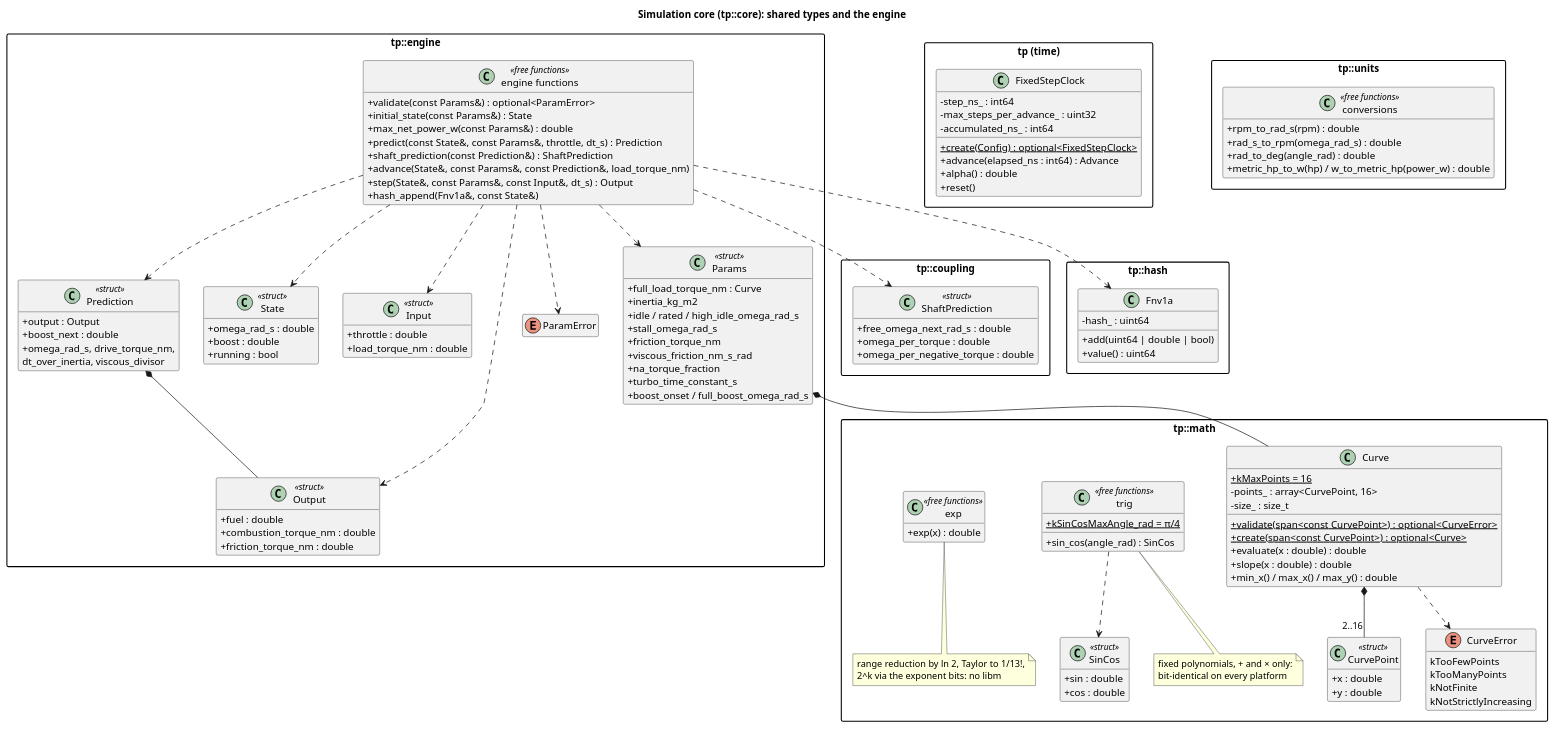
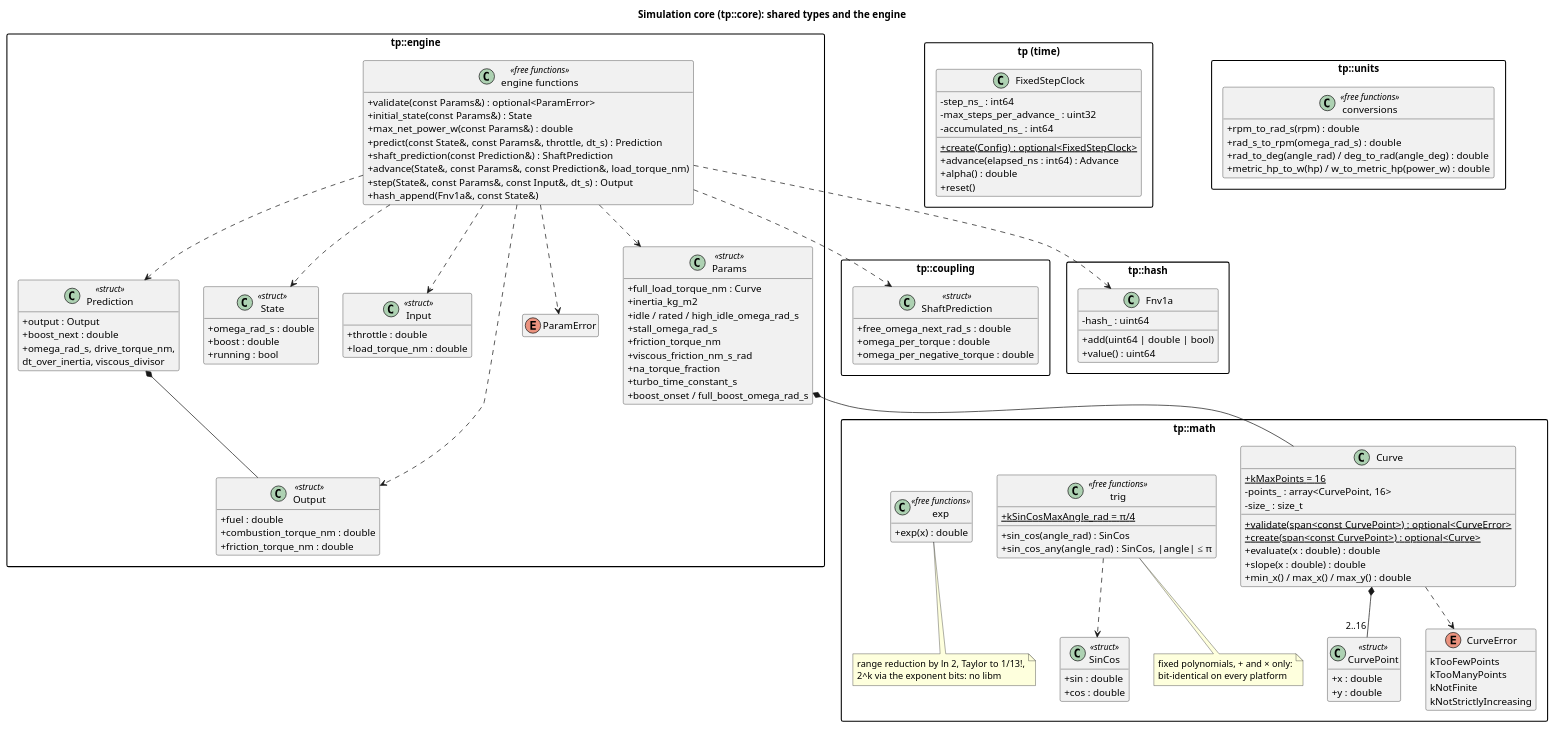
The diagram in docs/diagrams/core_classes.puml (wversteeg/TractorPulling), drawn with PlantUML before and after one commit. The commit also changed 49 other files, not shown here.

```diff
--- a/docs/diagrams/core_classes.puml
+++ b/docs/diagrams/core_classes.puml
@@ -1,146 +1,147 @@
 @startuml core_classes
 title Simulation core (tp::core): shared types and the engine
 hide empty members
 skinparam packageStyle rectangle
 skinparam classAttributeIconSize 0
 
   package "tp::coupling" {
     class ShaftPrediction <<struct>> {
       +free_omega_next_rad_s : double
       +omega_per_torque : double
       +omega_per_negative_torque : double
     }
   }
 
   package "tp::math" {
     class CurvePoint <<struct>> {
       +x : double
       +y : double
     }
     enum CurveError {
       kTooFewPoints
       kTooManyPoints
       kNotFinite
       kNotStrictlyIncreasing
     }
     class Curve {
       +{static} kMaxPoints = 16
       -points_ : array<CurvePoint, 16>
       -size_ : size_t
       +{static} validate(span<const CurvePoint>) : optional<CurveError>
       +{static} create(span<const CurvePoint>) : optional<Curve>
       +evaluate(x : double) : double
       +slope(x : double) : double
       +min_x() / max_x() / max_y() : double
     }
     Curve *-- "2..16" CurvePoint
     Curve ..> CurveError
     class SinCos <<struct>> {
       +sin : double
       +cos : double
     }
     class "trig" as Trig <<free functions>> {
       +{static} kSinCosMaxAngle_rad = π/4
       +sin_cos(angle_rad) : SinCos
+      +sin_cos_any(angle_rad) : SinCos, |angle| ≤ π
     }
     Trig ..> SinCos
     note bottom of Trig
       fixed polynomials, + and × only:
       bit-identical on every platform
     end note
     class "exp" as Exp <<free functions>> {
       +exp(x) : double
     }
     note bottom of Exp
       range reduction by ln 2, Taylor to 1/13!,
       2^k via the exponent bits: no libm
     end note
   }
 
   package "tp::engine" {
     class Params <<struct>> {
       +full_load_torque_nm : Curve
       +inertia_kg_m2
       +idle / rated / high_idle_omega_rad_s
       +stall_omega_rad_s
       +friction_torque_nm
       +viscous_friction_nm_s_rad
       +na_torque_fraction
       +turbo_time_constant_s
       +boost_onset / full_boost_omega_rad_s
     }
     class State <<struct>> {
       +omega_rad_s : double
       +boost : double
       +running : bool
     }
     class Input <<struct>> {
       +throttle : double
       +load_torque_nm : double
     }
     class Output <<struct>> {
       +fuel : double
       +combustion_torque_nm : double
       +friction_torque_nm : double
     }
     enum ParamError
     class Prediction <<struct>> {
       +output : Output
       +boost_next : double
       +omega_rad_s, drive_torque_nm,
        dt_over_inertia, viscous_divisor
     }
     class "engine functions" as EngineFns <<free functions>> {
       +validate(const Params&) : optional<ParamError>
       +initial_state(const Params&) : State
       +max_net_power_w(const Params&) : double
       +predict(const State&, const Params&, throttle, dt_s) : Prediction
       +shaft_prediction(const Prediction&) : ShaftPrediction
       +advance(State&, const Params&, const Prediction&, load_torque_nm)
       +step(State&, const Params&, const Input&, dt_s) : Output
       +hash_append(Fnv1a&, const State&)
     }
     Prediction *-- Output
     EngineFns ..> Prediction
     Params *-- Curve
     EngineFns ..> Params
     EngineFns ..> State
     EngineFns ..> Input
     EngineFns ..> Output
     EngineFns ..> ParamError
   }
 
 
   EngineFns ..> ShaftPrediction
 
   package "tp::hash" {
     class Fnv1a {
       -hash_ : uint64
       +add(uint64 | double | bool)
       +value() : uint64
     }
   }
   EngineFns ..> Fnv1a
 
   package "tp (time)" {
     class FixedStepClock {
       -step_ns_ : int64
       -max_steps_per_advance_ : uint32
       -accumulated_ns_ : int64
       +{static} create(Config) : optional<FixedStepClock>
       +advance(elapsed_ns : int64) : Advance
       +alpha() : double
       +reset()
     }
   }
 
   package "tp::units" {
     class "conversions" as Units <<free functions>> {
       +rpm_to_rad_s(rpm) : double
       +rad_s_to_rpm(omega_rad_s) : double
-      +rad_to_deg(angle_rad) : double
+      +rad_to_deg(angle_rad) / deg_to_rad(angle_deg) : double
       +metric_hp_to_w(hp) / w_to_metric_hp(power_w) : double
     }
   }
 
 @enduml
```
